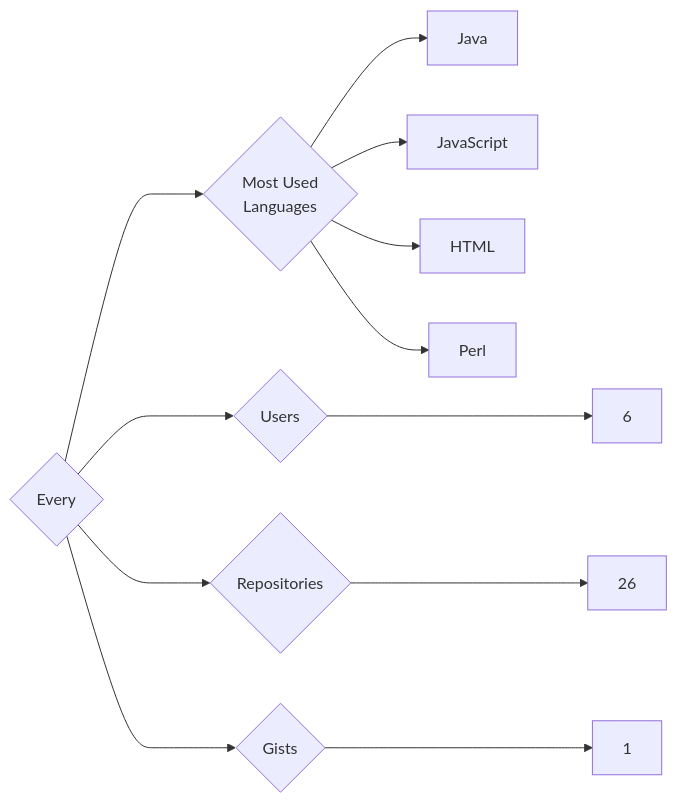
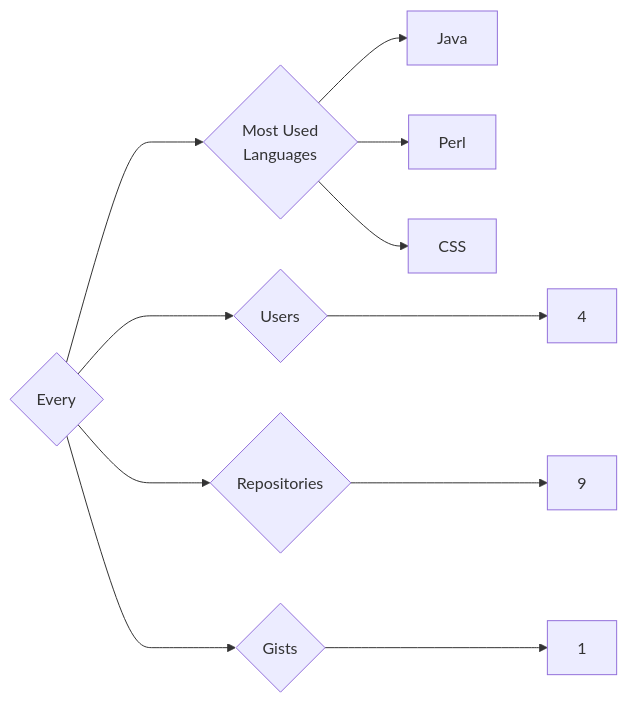
One commit to trickest/insiders changed the diagram in targets/Every/README.md. Above: the diagram before and after it, drawn with Mermaid. The commit also changed 693 other files, not shown here.

````diff
--- a/targets/Every/README.md
+++ b/targets/Every/README.md
@@ -3,12 +3,11 @@
 ```mermaid
 graph LR
 COMPANY_NAME{Every}
-COMPANY_NAME ---> U{Users} ---> UN[6]
-COMPANY_NAME ---> R{Repositories} ---> RN[26]
+COMPANY_NAME ---> U{Users} ---> UN[4]
+COMPANY_NAME ---> R{Repositories} ---> RN[9]
 COMPANY_NAME ---> G{Gists} ---> GN[1]
 COMPANY_NAME ---> ML{Most Used<br>Languages}
 ML --> Java[Java]
-ML --> JavaScript[JavaScript]
-ML --> HTML[HTML]
 ML --> Perl[Perl]
+ML --> CSS[CSS]
 ```
````
